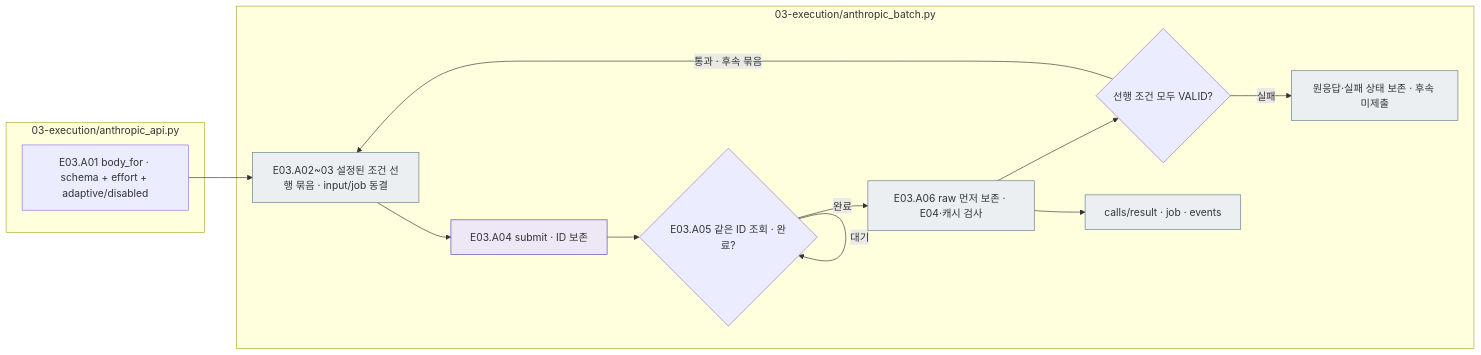
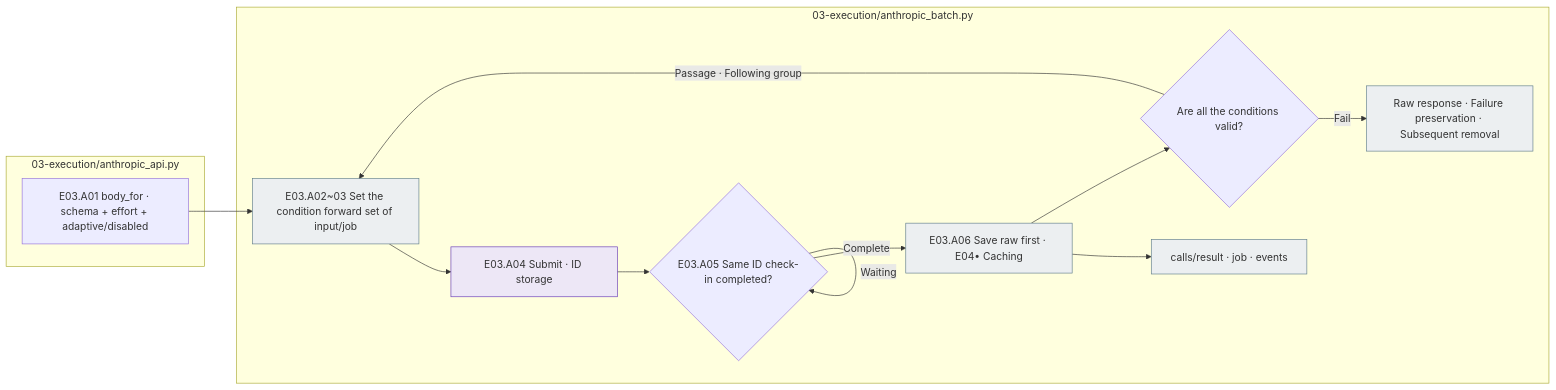
Before and after one commit to pnu-clink/finject: the first of 3 diagrams in src/finarch/documentation/templates/stages/02-experiments/01_evaluation/03_execution/README.md, drawn with Mermaid. The commit also changed other lines of this file and 644 other files, not shown here.

````diff
--- a/src/finarch/documentation/templates/stages/02-experiments/01_evaluation/03_execution/README.md
+++ b/src/finarch/documentation/templates/stages/02-experiments/01_evaluation/03_execution/README.md
@@ -37,20 +37,20 @@
 ```mermaid
 flowchart LR
  subgraph A["03-execution/anthropic_api.py"]
   AB["E03.A01 body_for · schema + effort + adaptive/disabled"]
  end
  subgraph B["03-execution/anthropic_batch.py"]
-  AP["E03.A02~03 설정된 조건 선행 묶음 · input/job 동결"] --> AS["E03.A04 submit · ID 보존"]
-  AS --> AQ{"E03.A05 같은 ID 조회 · 완료?"}
-  AQ -->|대기| AQ
-  AQ -->|완료| AR["E03.A06 raw 먼저 보존 · E04·캐시 검사"] --> AV{"선행 조건 모두 VALID?"}
-  AV -->|통과 · 후속 묶음| AP
-  AV -->|실패| STOP["원응답·실패 상태 보존 · 후속 미제출"]
+  AP["E03.A02~03 Set the condition forward set of input/job"] --> AS["E03.A04 Submit · ID storage"]
+  AS --> AQ{"E03.A05 Same ID check-in completed?"}
+  AQ -->|Waiting| AQ
+  AQ -->|Complete| AR["E03.A06 Save raw first · E04• Caching"] --> AV{"Are all the conditions valid?"}
+  AV -->|Passage · Following group| AP
+  AV -->|Fail| STOP["Raw response · Failure preservation · Subsequent removal"]
   AR --> OUT["calls/result · job · events"]
  end
  AB --> AP
  classDef file fill:#eceff1,stroke:#607d8b;
  classDef llm fill:#ede7f6,stroke:#673ab7;
  class AP,AR,OUT,STOP file;
  class AS llm;
 ```
````
